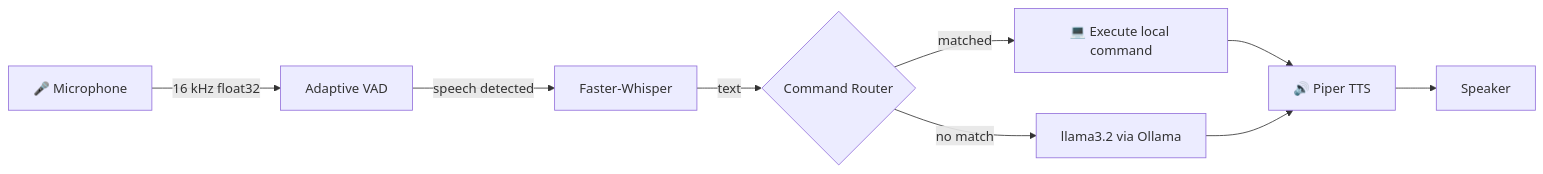
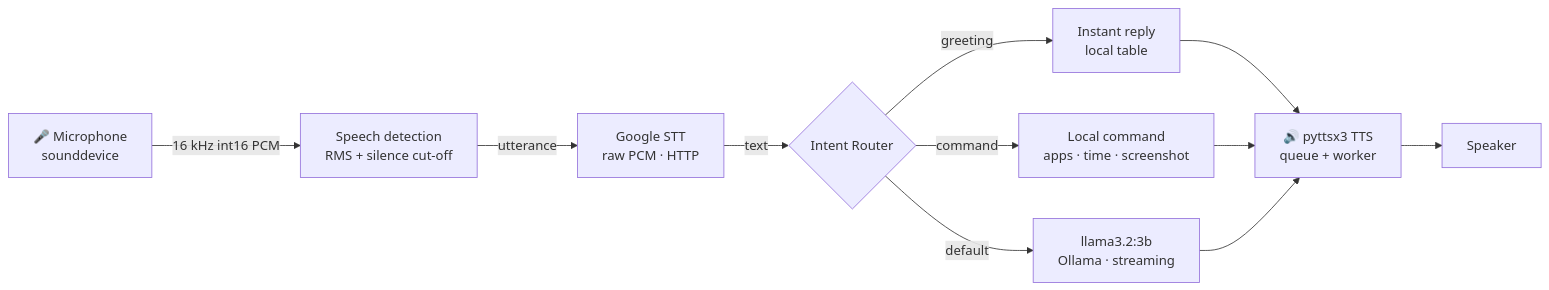
The diagram in README.md (bezawadamahidhar20-droid/JARVIS), drawn with Mermaid before and after one commit. The commit also changed other lines of this file and 3 other files, not shown here.

````diff
--- a/README.md
+++ b/README.md
@@ -54,11 +56,13 @@
 ```mermaid
 flowchart LR
-    A["🎤 Microphone"] -->|"16 kHz float32"| B["Adaptive VAD"]
-    B -->|"speech detected"| C["Faster-Whisper"]
-    C -->|"text"| D{"Command Router"}
-    D -->|"matched"| F["💻 Execute local command"]
-    D -->|"no match"| E["llama3.2 via Ollama"]
-    F --> G["🔊 Piper TTS"]
-    E --> G
-    G --> H["Speaker"]
+    A["🎤 Microphone<br/>sounddevice"] -->|"16 kHz int16 PCM"| B["Speech detection<br/>RMS + silence cut-off"]
+    B -->|"utterance"| C["Google STT<br/>raw PCM · HTTP"]
+    C -->|"text"| D{"Intent Router"}
+    D -->|"greeting"| F["Instant reply<br/>local table"]
+    D -->|"command"| G["Local command<br/>apps · time · screenshot"]
+    D -->|"default"| E["llama3.2:3b<br/>Ollama · streaming"]
+    F --> H["🔊 pyttsx3 TTS<br/>queue + worker"]
+    G --> H
+    E --> H
+    H --> I["Speaker"]
 ```
````
